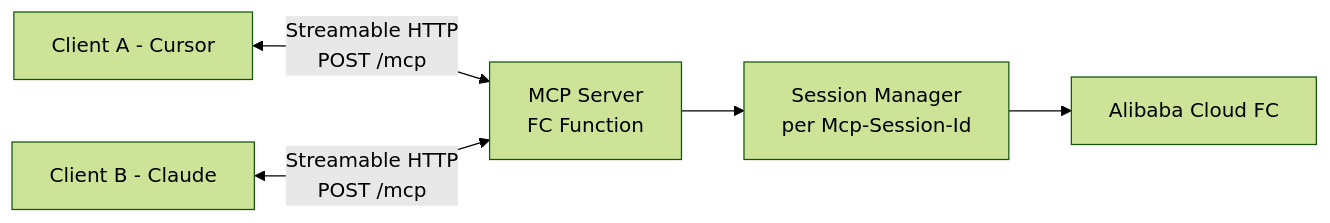
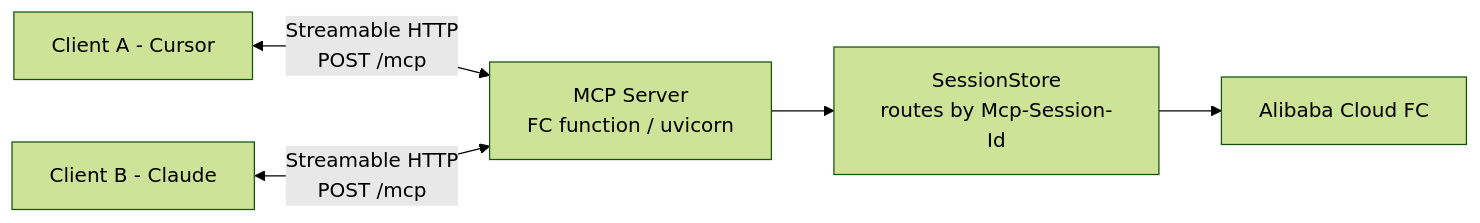
One commit to Easy-Sandbox/easy-sandbox changed the fourth of 6 diagrams in docs/en/design/mcp-server.md. Above: the diagram before and after it, drawn with Mermaid (forest theme). The commit also changed other lines of this file and 338 other files, not shown here.

````diff
--- a/docs/en/design/mcp-server.md
+++ b/docs/en/design/mcp-server.md
@@ -277,7 +268,7 @@
 ```mermaid
 graph LR
-    A["Client A - Cursor"] <-->|"Streamable HTTP<br/>POST /mcp"| MCP["MCP Server<br/>FC Function"]
+    A["Client A - Cursor"] <-->|"Streamable HTTP<br/>POST /mcp"| MCP["MCP Server<br/>FC function / uvicorn"]
     B["Client B - Claude"] <-->|"Streamable HTTP<br/>POST /mcp"| MCP
-    MCP --> SM["Session Manager<br/>per Mcp-Session-Id"]
+    MCP --> SM["SessionStore<br/>routes by Mcp-Session-Id"]
     SM --> FC[Alibaba Cloud FC]
 ```
````
